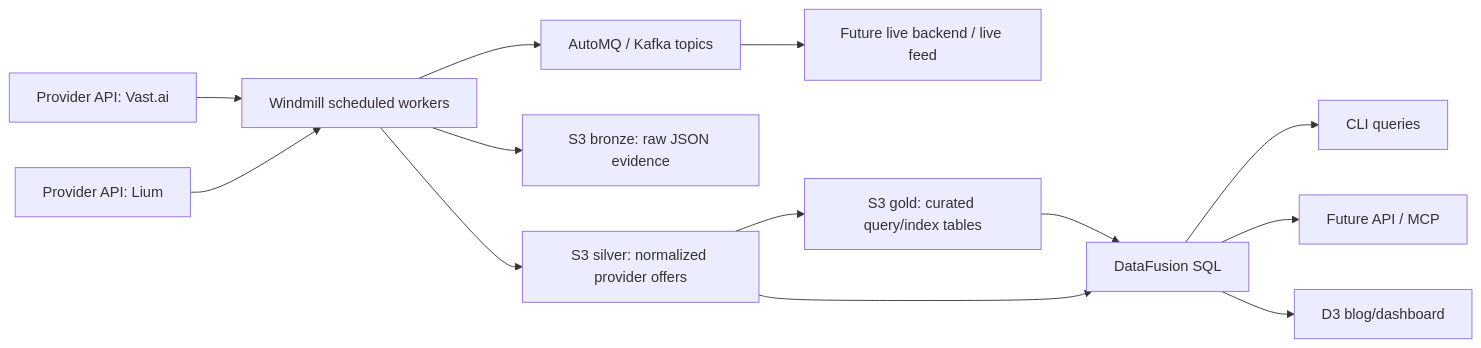
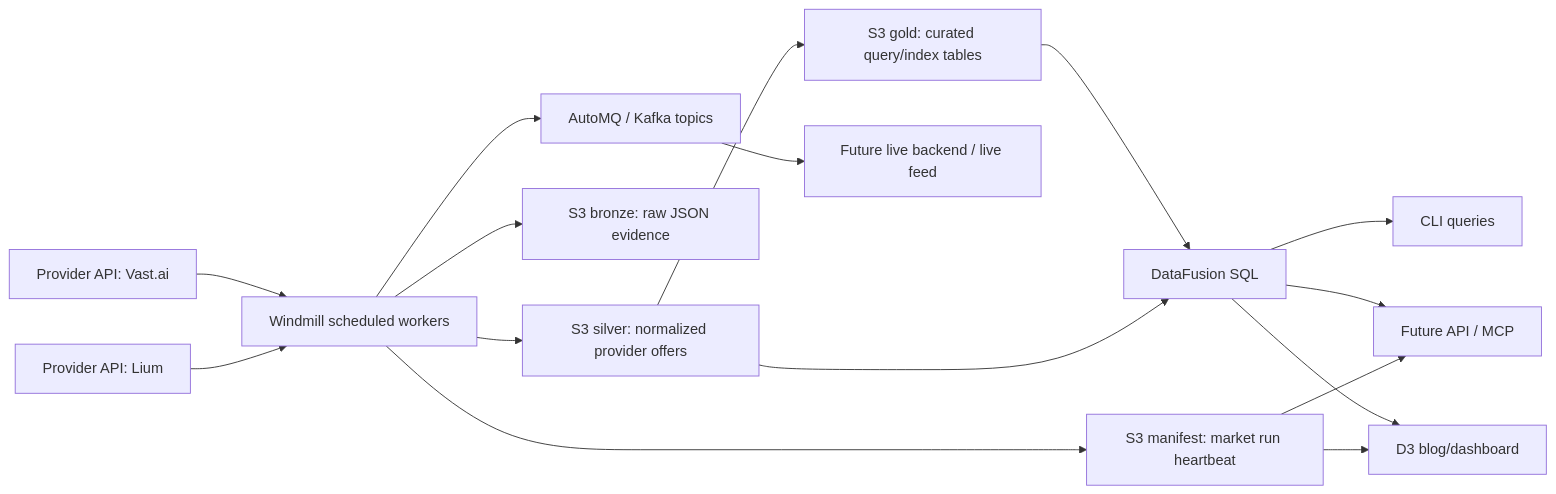
The diagram in docs/architecture.md (gustofied/the-compute-bazaar), drawn with Mermaid before and after one commit. The commit also changed other lines of this file and 28 other files, not shown here.

Commit message:
Build stage 1 market feed and dashboard

````diff
--- a/docs/architecture.md
+++ b/docs/architecture.md
@@ -6,18 +6,21 @@
 ```mermaid
 flowchart LR
   Vast["Provider API: Vast.ai"] --> Windmill["Windmill scheduled workers"]
   Lium["Provider API: Lium"] --> Windmill
 
   Windmill --> AutoMQ["AutoMQ / Kafka topics"]
   Windmill --> Bronze["S3 bronze: raw JSON evidence"]
   Windmill --> Silver["S3 silver: normalized provider offers"]
+  Windmill --> MarketRun["S3 manifest: market run heartbeat"]
 
   Silver --> Gold["S3 gold: curated query/index tables"]
   Gold --> DataFusion["DataFusion SQL"]
   Silver --> DataFusion
 
   DataFusion --> CLI["CLI queries"]
   DataFusion --> API["Future API / MCP"]
   DataFusion --> Dashboard["D3 blog/dashboard"]
+  MarketRun --> Dashboard
+  MarketRun --> API
   AutoMQ --> Live["Future live backend / live feed"]
 ```
````
